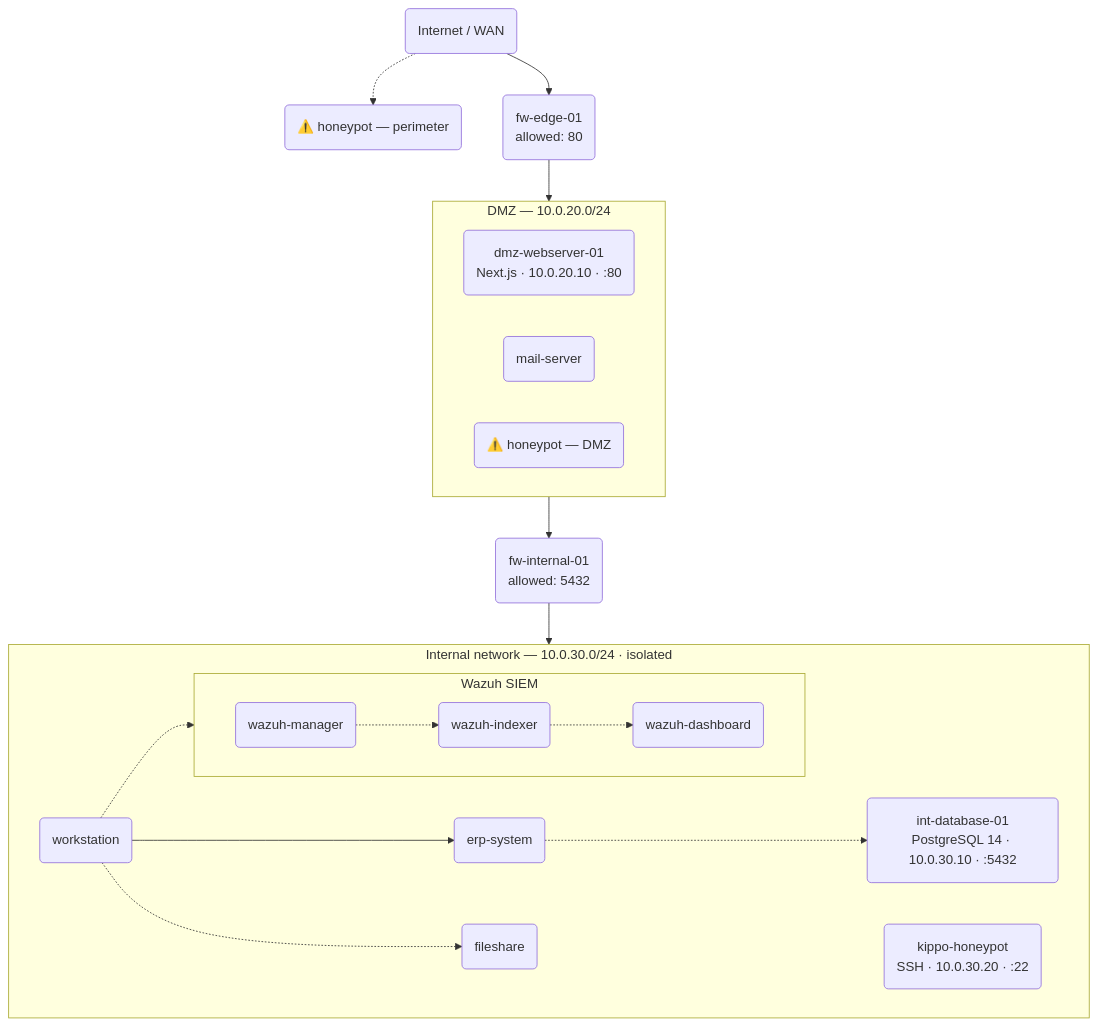
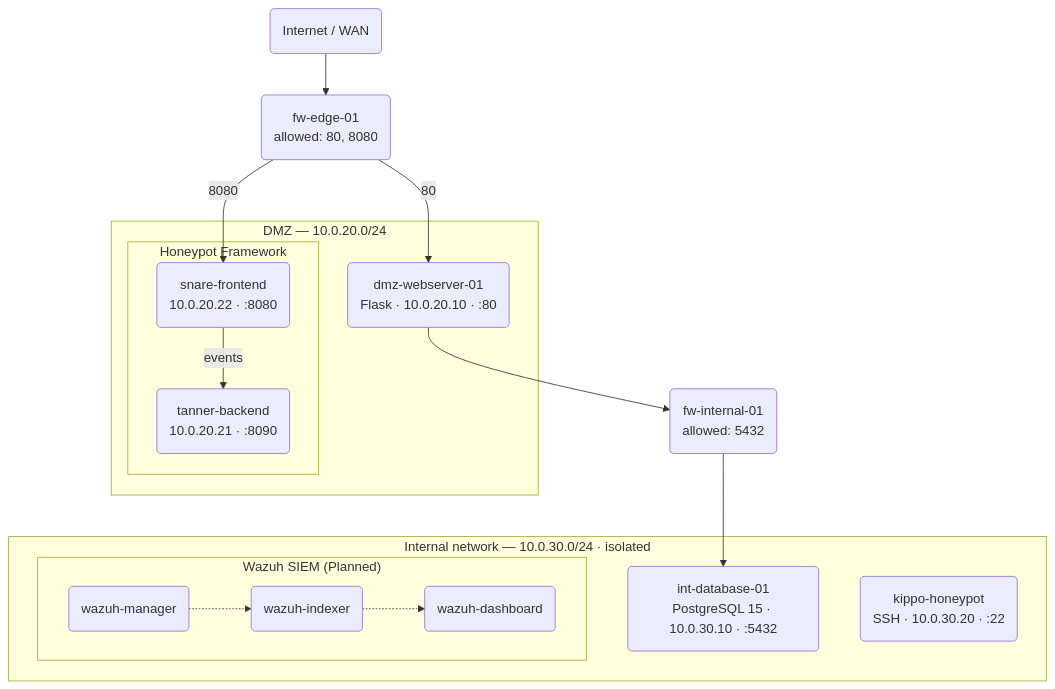
The diagram in README.md (BerWalker/OopsNet), drawn with Mermaid before and after one commit. The commit also changed other lines of this file, not shown here.

Commit message:
docs: update network architecture diagram and documentation to include Tanner/Snare honeypot integration

````diff
--- a/README.md
+++ b/README.md
@@ -9,48 +9,43 @@
 ```mermaid
 graph TD
     inet("Internet / WAN")
 
-    hp_perim("⚠️ honeypot — perimeter")
-    ext_fw("fw-edge-01<br>allowed: 80")
+    ext_fw("fw-edge-01<br>allowed: 80, 8080")
     
-    inet -.-> hp_perim
     inet --> ext_fw
 
     subgraph DMZ ["DMZ — 10.0.20.0/24"]
-        web("dmz-webserver-01<br>Next.js · 10.0.20.10 · :80")
-        mail("mail-server")
-        hp_dmz("⚠️ honeypot — DMZ")
+        web("dmz-webserver-01<br>Flask · 10.0.20.10 · :80")
+        
+        subgraph modern_hp ["Honeypot Framework"]
+            snare("snare-frontend<br>10.0.20.22 · :8080")
+            tanner("tanner-backend<br>10.0.20.21 · :8090")
+            snare -- "events" --> tanner
+        end
     end
 
-    ext_fw --> DMZ
+    ext_fw -- "80" --> web
+    ext_fw -- "8080" --> snare
 
     int_fw("fw-internal-01<br>allowed: 5432")
     
-    DMZ --> int_fw
+    web --> int_fw
 
     subgraph Internal ["Internal network — 10.0.30.0/24 · isolated"]
-        ws("workstation")
-        
-        erp("erp-system")
-        smb("fileshare")
-        db("int-database-01<br>PostgreSQL 14 · 10.0.30.10 · :5432")
+        db("int-database-01<br>PostgreSQL 15 · 10.0.30.10 · :5432")
         hp_int("kippo-honeypot<br>SSH · 10.0.30.20 · :22")
 
-        subgraph wazuh_zone ["Wazuh SIEM"]
+        subgraph wazuh_zone ["Wazuh SIEM (Planned)"]
             direction LR
             w_mgr("wazuh-manager")
             w_idx("wazuh-indexer")
             w_dash("wazuh-dashboard")
             w_mgr -.-> w_idx
             w_idx -.-> w_dash
         end
         
-        ws --> erp
-        ws -.-> smb
-        ws -.-> w_mgr
-        erp -.-> db
         hp_int
     end
 
-    int_fw --> Internal
+    int_fw --> db
 ```
````
